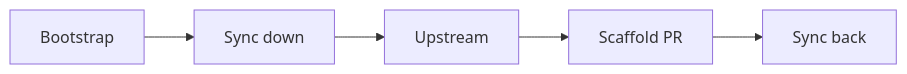
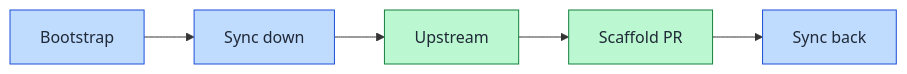
The diagram in docs/diagrams/pages/scaffold-sync.md (victusfate/scaffold), drawn with Mermaid before and after one commit. The commit also changed other lines of this file and 20 other files, not shown here.

First line of the commit message:
docs(diagram-explorer-md): lane colors from the diagram palette; short LLM block

````diff
--- a/docs/diagrams/pages/scaffold-sync.md
+++ b/docs/diagrams/pages/scaffold-sync.md
@@ -7,7 +7,11 @@
 ```mermaid
 flowchart LR
   n_bootstrap["Bootstrap"] --> n_down["Sync down"]
   n_down["Sync down"] --> n_upstream["Upstream"]
   n_upstream["Upstream"] --> n_pr["Scaffold PR"]
   n_pr["Scaffold PR"] --> n_back["Sync back"]
+  classDef lane0 fill:#bfdbfe,stroke:#1d4ed8,color:#1f2937
+  classDef lane1 fill:#bbf7d0,stroke:#15803d,color:#1f2937
+  class n_bootstrap,n_down,n_back lane0
+  class n_upstream,n_pr lane1
 ```
````
